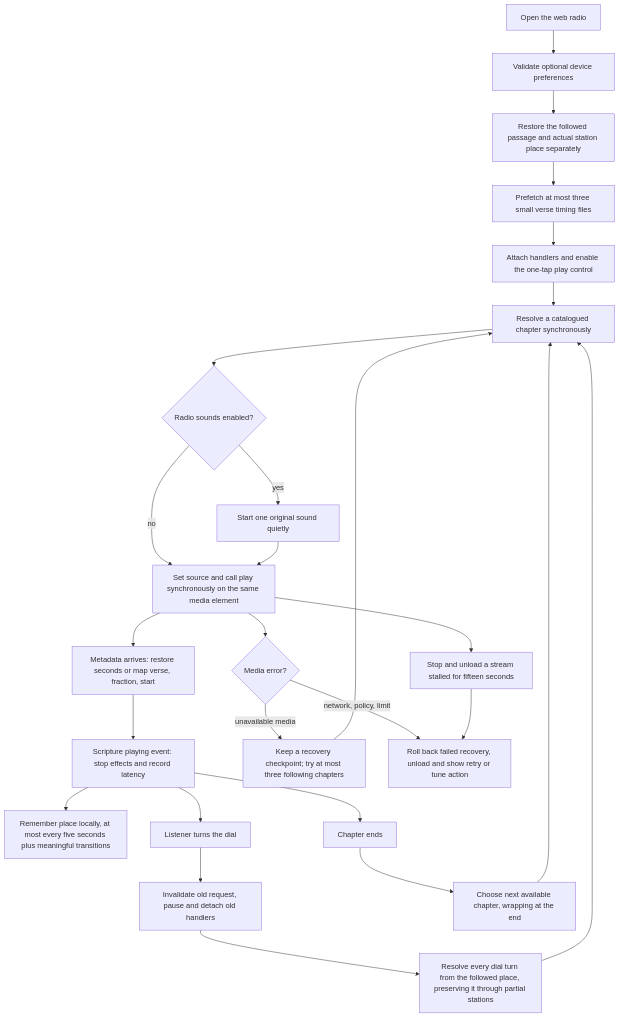
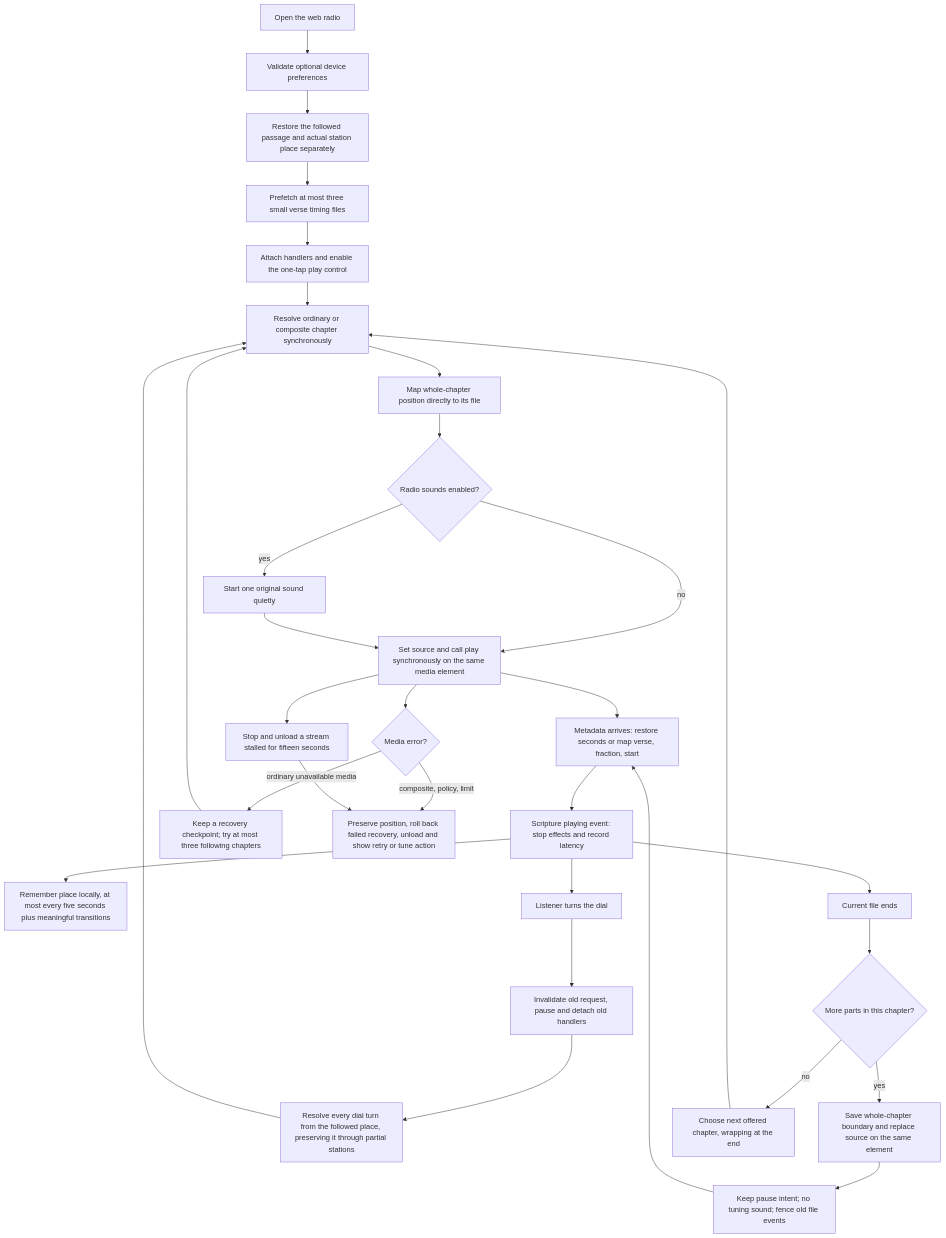
Before and after one commit to loveJesus/audiobiblerad.io-chirho: the diagram in spec-chirho/workflows-chirho/tune_in_workflow_chirho.md, drawn with Mermaid. The commit also changed other lines of this file and 17 other files, not shown here.

First line of the commit message:
Play complete chapters across measured source files chirho

````diff
--- a/spec-chirho/workflows-chirho/tune_in_workflow_chirho.md
+++ b/spec-chirho/workflows-chirho/tune_in_workflow_chirho.md
@@ -7,28 +7,33 @@
 ```mermaid
 flowchart TD
     open_chirho[Open the web radio] --> memory_chirho[Validate optional device preferences]
     memory_chirho --> place_chirho[Restore the followed passage and actual station place separately]
     place_chirho --> timings_chirho[Prefetch at most three small verse timing files]
     timings_chirho --> tap_chirho[Attach handlers and enable the one-tap play control]
-    tap_chirho --> locate_chirho[Resolve a catalogued chapter synchronously]
-    locate_chirho --> noise_chirho{Radio sounds enabled?}
+    tap_chirho --> locate_chirho[Resolve ordinary or composite chapter synchronously]
+    locate_chirho --> part_chirho[Map whole-chapter position directly to its file]
+    part_chirho --> noise_chirho{Radio sounds enabled?}
     noise_chirho -- yes --> effects_chirho[Start one original sound quietly]
     noise_chirho -- no --> play_chirho
     effects_chirho --> play_chirho[Set source and call play synchronously on the same media element]
     play_chirho --> metadata_chirho[Metadata arrives: restore seconds or map verse, fraction, start]
     metadata_chirho --> playing_chirho[Scripture playing event: stop effects and record latency]
     playing_chirho --> memory_save_chirho[Remember place locally, at most every five seconds plus meaningful transitions]
     playing_chirho --> turn_chirho[Listener turns the dial]
     turn_chirho --> cancel_chirho[Invalidate old request, pause and detach old handlers]
     cancel_chirho --> anchor_chirho[Resolve every dial turn from the followed place, preserving it through partial stations]
     anchor_chirho --> locate_chirho
-    playing_chirho --> ended_chirho[Chapter ends]
-    ended_chirho --> next_chirho[Choose next available chapter, wrapping at the end]
+    playing_chirho --> ended_chirho[Current file ends]
+    ended_chirho --> more_chirho{More parts in this chapter?}
+    more_chirho -- yes --> boundary_chirho[Save whole-chapter boundary and replace source on the same element]
+    boundary_chirho --> continuation_chirho[Keep pause intent; no tuning sound; fence old file events]
+    continuation_chirho --> metadata_chirho
+    more_chirho -- no --> next_chirho[Choose next offered chapter, wrapping at the end]
     next_chirho --> locate_chirho
     play_chirho --> error_chirho{Media error?}
-    error_chirho -- unavailable media --> recover_chirho[Keep a recovery checkpoint; try at most three following chapters]
+    error_chirho -- ordinary unavailable media --> recover_chirho[Keep a recovery checkpoint; try at most three following chapters]
     recover_chirho --> locate_chirho
-    error_chirho -- network, policy, limit --> stop_chirho[Roll back failed recovery, unload and show retry or tune action]
+    error_chirho -- composite, policy, limit --> stop_chirho[Preserve position, roll back failed recovery, unload and show retry or tune action]
     play_chirho --> timeout_chirho[Stop and unload a stream stalled for fifteen seconds]
     timeout_chirho --> stop_chirho
 ```
````
